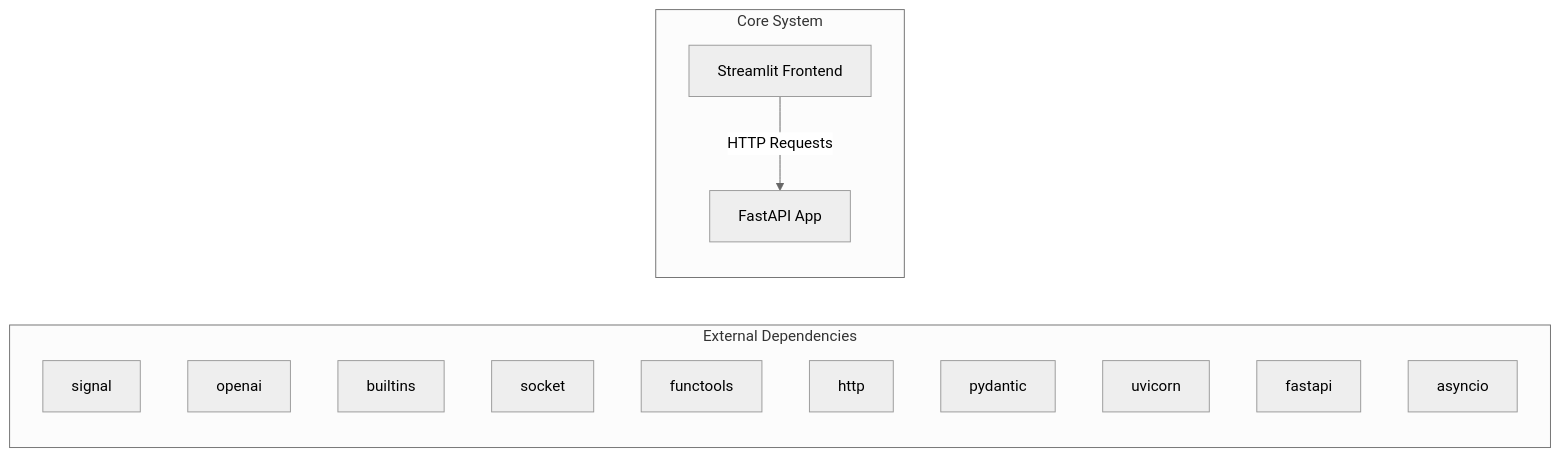
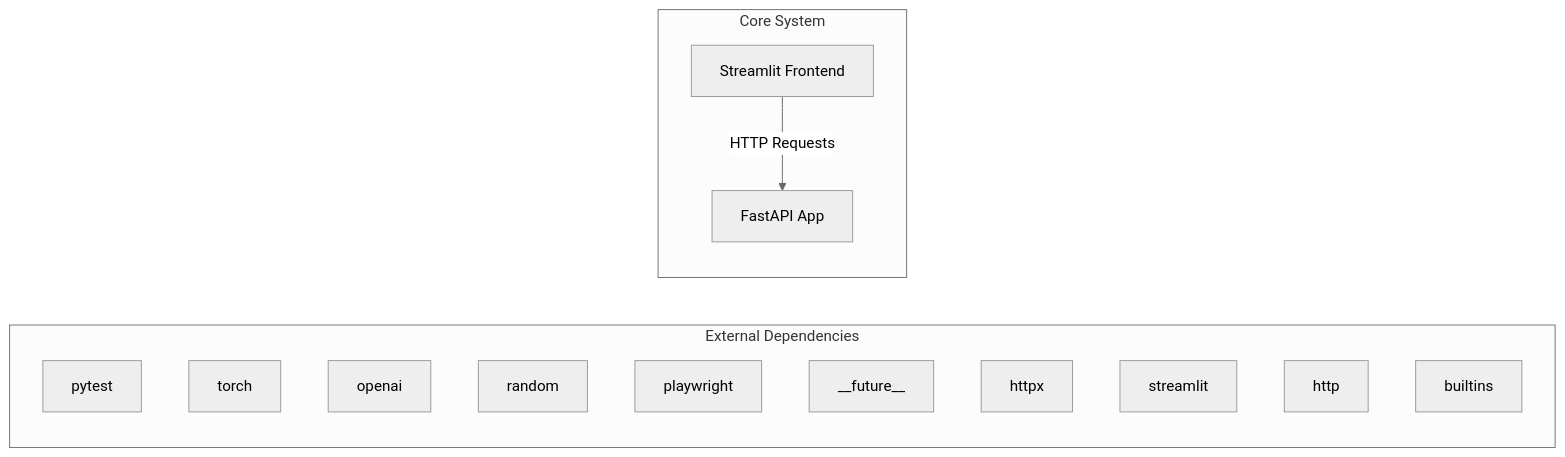
The first of 2 diagrams in docs/architecture.md (NITISH-R-G/rag-context-optimizer), drawn with Mermaid (neutral theme) before and after one commit. The commit also changed 1 other file, not shown here.

Commit message:
docs: auto-update repository knowledge, architecture diagrams, and documentation

````diff
--- a/docs/architecture.md
+++ b/docs/architecture.md
@@ -7,20 +7,20 @@
 ```mermaid
 graph LR
     subgraph External Dependencies
-        E0["signal"]
-        E1["openai"]
-        E2["builtins"]
-        E3["socket"]
-        E4["functools"]
-        E5["http"]
-        E6["pydantic"]
-        E7["uvicorn"]
-        E8["fastapi"]
-        E9["asyncio"]
+        E0["pytest"]
+        E1["torch"]
+        E2["openai"]
+        E3["random"]
+        E4["playwright"]
+        E5["__future__"]
+        E6["httpx"]
+        E7["streamlit"]
+        E8["http"]
+        E9["builtins"]
     end
     subgraph Core System
         API["FastAPI App"]
         UI["Streamlit Frontend"]
     end
     UI -->|HTTP Requests| API
 ```
````
